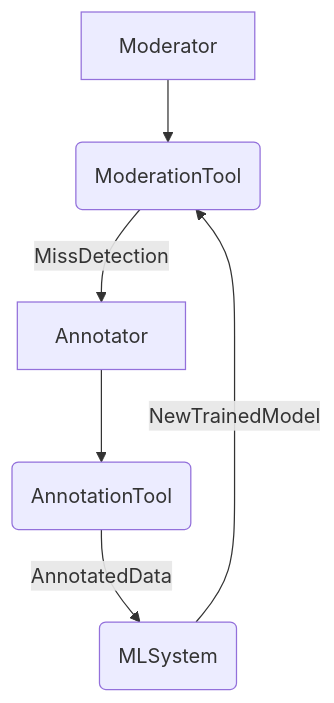
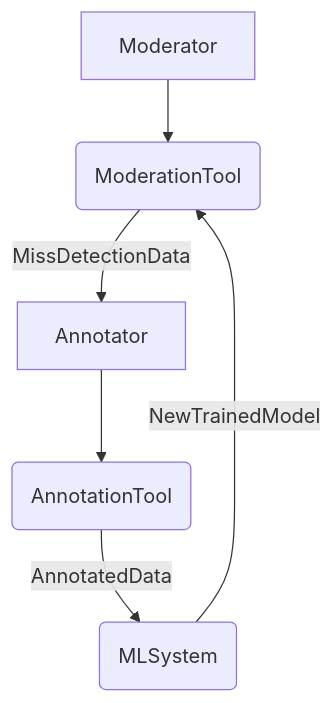
One commit to konumaru/nlnomy changed the diagram in README.md. Above: the diagram before and after it, drawn with Mermaid.

Commit message:
[update] write workflow

````diff
--- a/README.md
+++ b/README.md
@@ -20,8 +20,8 @@
 ```mermaid
 graph TD;
     Moderator --> id1(ModerationTool);
-    id1 -- MissDetection --> Annotator; 
+    id1 -- MissDetectionData --> Annotator; 
     Annotator --> id2(AnnotationTool);
     id2 -- AnnotatedData --> id3(MLSystem);
     id3 -- NewTrainedModel --> id1;
 ```
````
